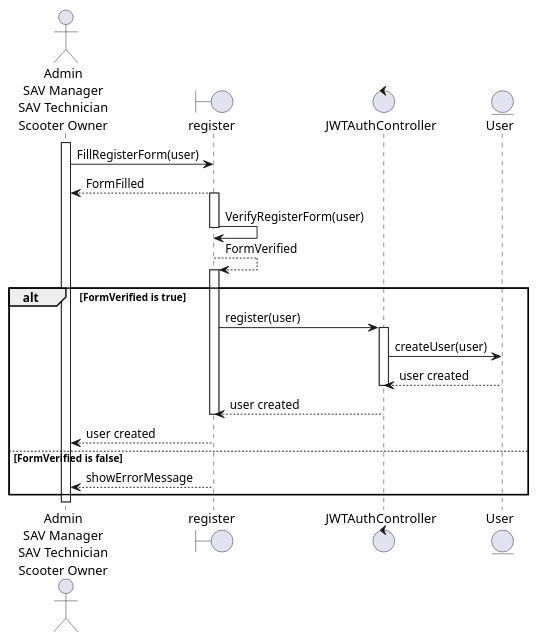
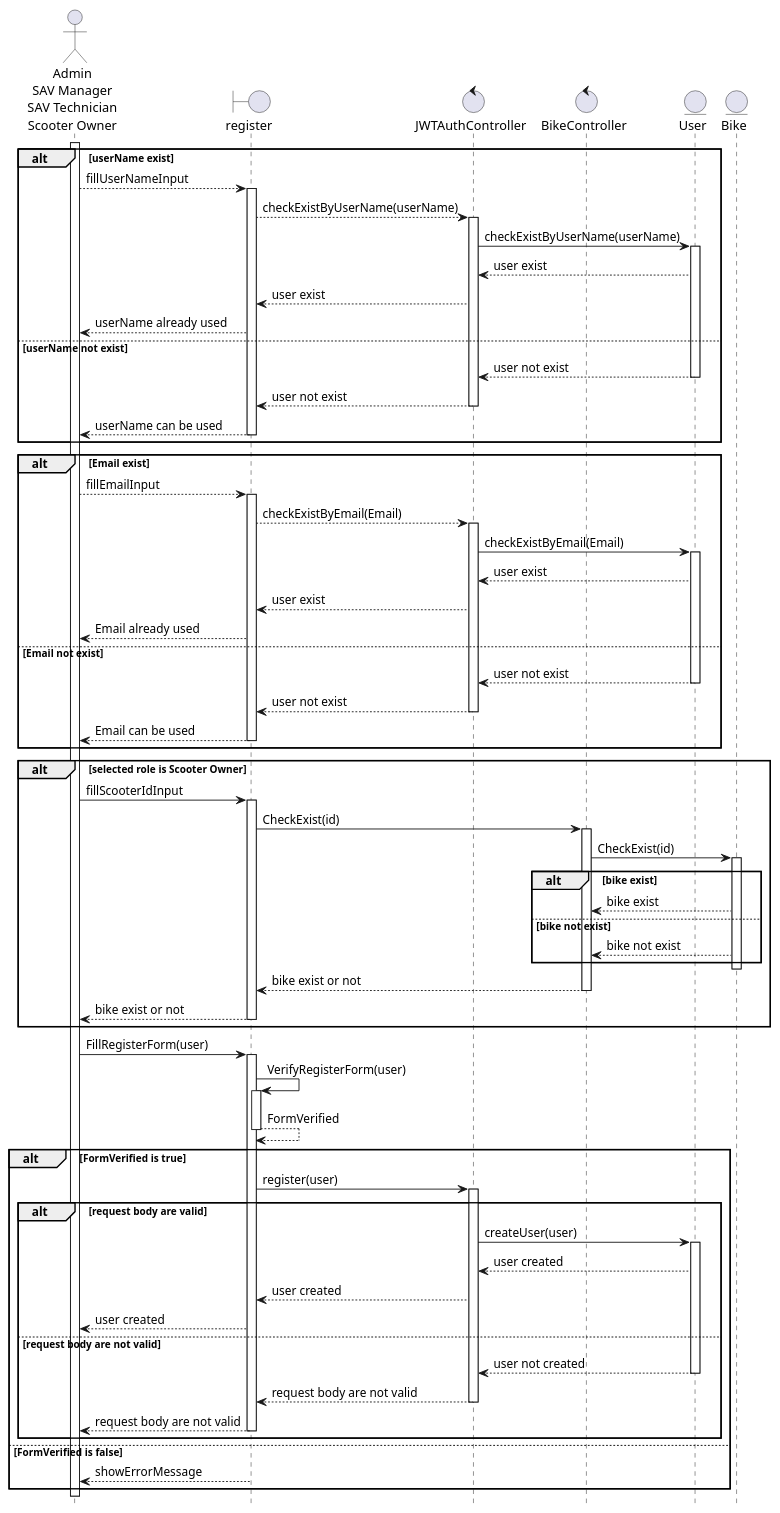
Before and after one commit to smurfsDev/pixii-project: the diagram in rapport/sequence/auth&register/register_sequence_diagram.wsd, drawn with PlantUML.

Commit message:
add register sequence diagram

```diff
--- a/rapport/sequence/auth&register/register_sequence_diagram.wsd
+++ b/rapport/sequence/auth&register/register_sequence_diagram.wsd
@@ -1,38 +1,113 @@
 @startuml register_sequence_diagram
-
+hide footbox
 actor "Admin\nSAV Manager\nSAV Technician\nScooter Owner" as u
 boundary register as v
 control JWTAuthController as c
+control BikeController as bc
 entity User as m
+entity Bike as b
 activate u
+'------
+alt userName exist
+u --> v : fillUserNameInput
+activate v
+v --> c : checkExistByUserName(userName)
+activate c
+c -> m : checkExistByUserName(userName)
+activate m
+m --> c : user exist
+c --> v : user exist
+v --> u : userName already used
+
+else userName not exist
+m --> c : user not exist 
+deactivate m
+c --> v : user not exist
+deactivate c
+v --> u : userName can be used
+deactivate v
+end
+' ------
+alt Email exist
+u --> v : fillEmailInput
+activate v
+v --> c : checkExistByEmail(Email)
+activate c
+c -> m : checkExistByEmail(Email)
+activate m
+m --> c : user exist
+c --> v : user exist
+v --> u : Email already used
+
+else Email not exist
+m --> c : user not exist 
+deactivate m
+c --> v : user not exist
+deactivate c
+v --> u : Email can be used
+deactivate v
+end
+' ------
+
+' ------
+alt selected role is Scooter Owner
+    u -> v : fillScooterIdInput
+    activate v
+    v -> bc : CheckExist(id)
+    activate bc
+    bc -> b : CheckExist(id)
+    activate b
+        alt bike exist
+            b --> bc : bike exist
+        else bike not exist
+            b --> bc : bike not exist
+        end
+    deactivate b
+    bc --> v : bike exist or not
+    deactivate bc
+    v --> u : bike exist or not
+' ------
+    deactivate v
+end
 u -> v : FillRegisterForm(user)
-deactivate v
-v --> u : FormFilled
 activate v
 v -> v :VerifyRegisterForm(user)
+activate v
+v --> v : FormVerified
 deactivate v
-v --> v : FormVerified
+alt FormVerified is true
 
-alt FormVerified is true
-activate v
 v -> c : register(user)
+activate c
+' c -> m : createUser(user)
+' activate m
 
-activate c
+' m --> c: user created
+' deactivate m
+' c --> v: user created
+' deactivate c
+' v --> u: user created
+alt request body are valid
 c -> m : createUser(user)
+activate m
+m --> c: user created
+c --> v: user created
+v --> u: user created
+else request body are not valid
+m --> c: user not created
 deactivate m
-m --> c: user created
+c --> v: request body are not valid
 deactivate c
-c --> v: user created
+v --> u: request body are not valid
 deactivate v
-v --> u: user created
+end
 
 else FormVerified is false
 v --> u : showErrorMessage
 deactivate c
+deactivate v
+end
 
 
 
-end
-
-
 @enduml
```
